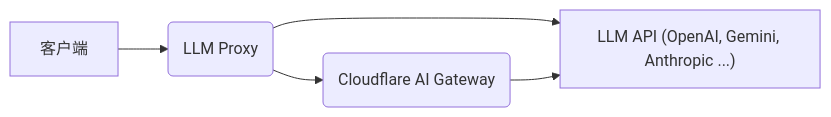
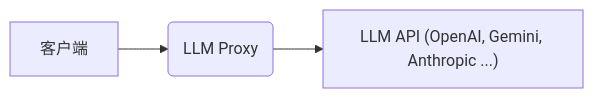
The diagram in README.md (vafast/llm-proxy-on-cloudflare-workers), drawn with Mermaid before and after one commit. The commit also changed other lines of this file, not shown here.

First line of the commit message:
Update README.md to clarify PROXY_API_KEY usage and streamline documentation

````diff
--- a/README.md
+++ b/README.md
@@ -20,7 +19,5 @@
 ```mermaid
 flowchart LR
   A[客户端] --> B(LLM Proxy)
-  B --> C(Cloudflare AI Gateway)
-  B --> D
-  C --> D["LLM API (OpenAI, Gemini, Anthropic ...)"]
+  B --> D["LLM API (OpenAI, Gemini, Anthropic ...)"]
 ```
````
